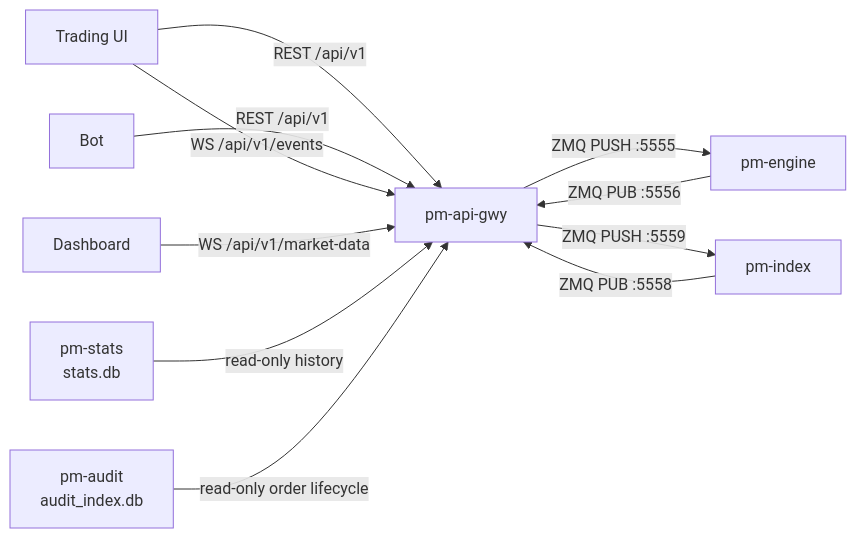
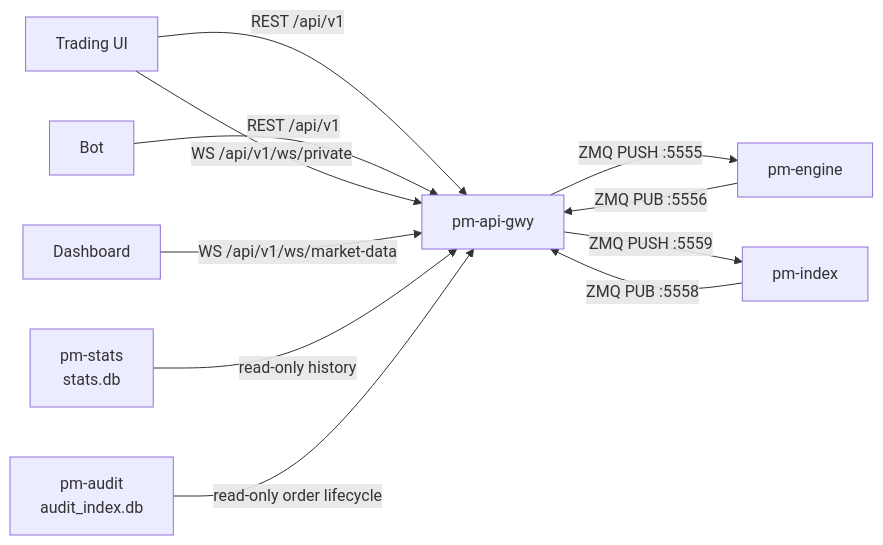
One commit to johan162/EduMatcher changed the diagram in docs/books/operator-guide/part-5-gateways/050-api-gateway.md. Above: the diagram before and after it, drawn with Mermaid. The commit also changed other lines of this file and 68 other files, not shown here.

````diff
--- a/docs/books/operator-guide/part-5-gateways/050-api-gateway.md
+++ b/docs/books/operator-guide/part-5-gateways/050-api-gateway.md
@@ -26,13 +26,13 @@
 ```mermaid
 flowchart LR
     UI[Trading UI] -->|REST /api/v1| API[pm-api-gwy]
     BOT[Bot] -->|REST /api/v1| API
-  UI -->|WS /api/v1/events| API
-  DASH[Dashboard] -->|WS /api/v1/market-data| API
+  UI -->|WS /api/v1/ws/private| API
+  DASH[Dashboard] -->|WS /api/v1/ws/market-data| API
     API -->|ZMQ PUSH :5555| ENG[pm-engine]
     ENG -->|ZMQ PUB :5556| API
     STATS[pm-stats\nstats.db] -->|read-only history| API
     AUDIT[pm-audit\naudit_index.db] -->|read-only order lifecycle| API
     API -->|ZMQ PUSH :5559| IDX[pm-index]
     IDX -->|ZMQ PUB :5558| API
 ```
````
